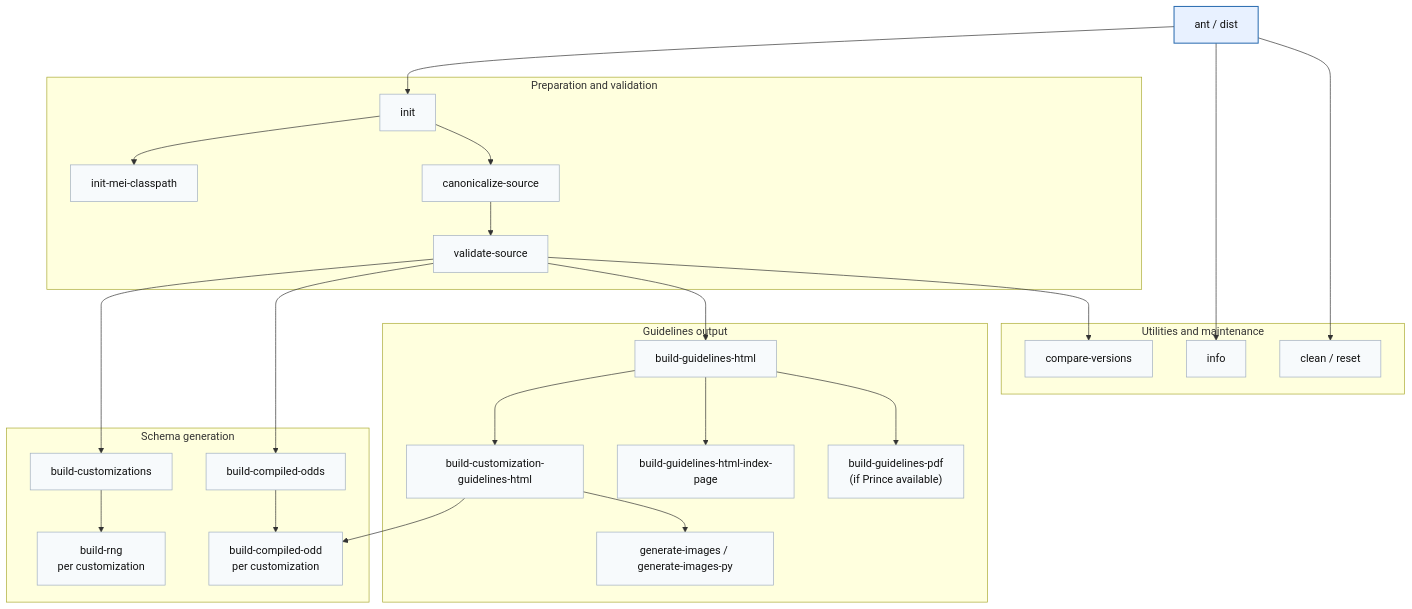
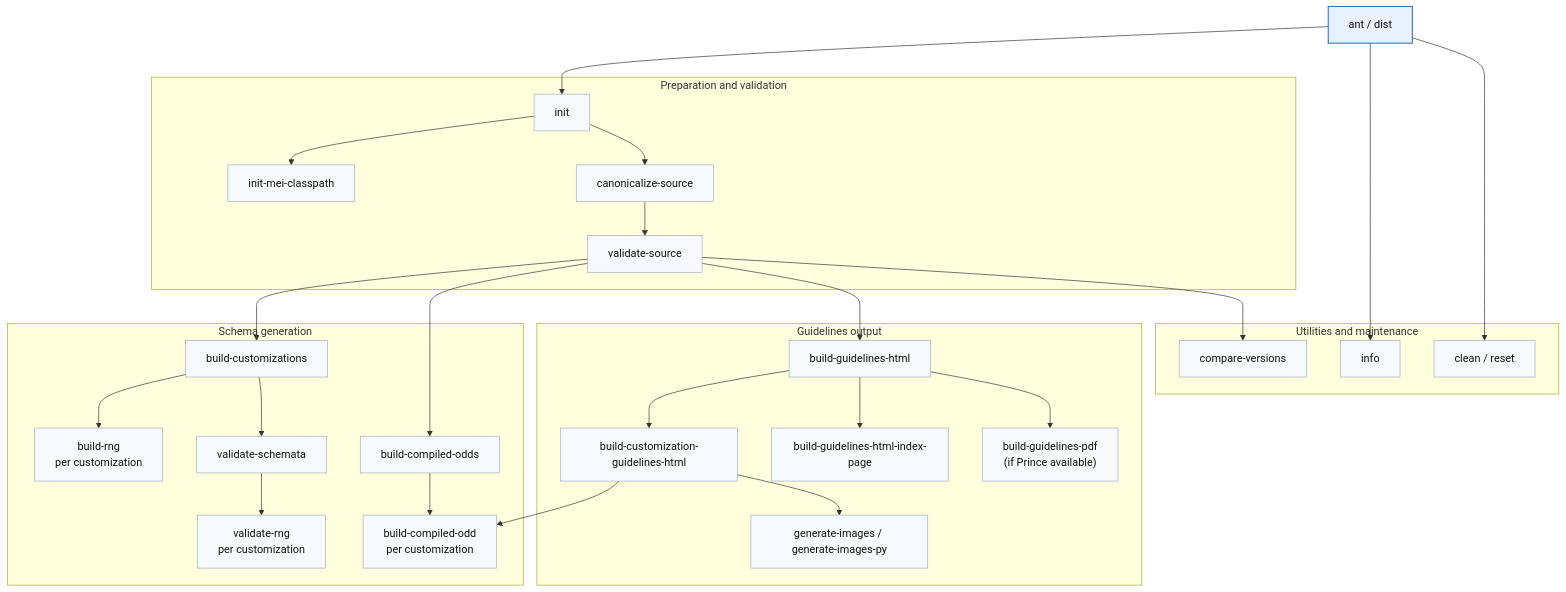
One commit to music-encoding/music-encoding changed the diagram in BUILD_COMMANDLINE.md. Above: the diagram before and after it, drawn with Mermaid. The commit also changed other lines of this file, not shown here.

Commit message:
doc: include rng validation in build instructions

````diff
--- a/BUILD_COMMANDLINE.md
+++ b/BUILD_COMMANDLINE.md
@@ -145,58 +146,62 @@
 ```mermaid
 flowchart TD
     DIST["ant / dist"]:::primary
 
     subgraph PREP["Preparation and validation"]
         CANON["canonicalize-source"]
         VALID["validate-source"]
         INIT["init"]
         CLP["init-mei-classpath"]
     end
 
     subgraph SCHEMA["Schema generation"]
         RNGS["build-customizations"]
         ODDS["build-compiled-odds"]
         RNG_CUS["build-rng\nper customization"]
         ODD_CUS["build-compiled-odd\nper customization"]
+        VALID_SCH["validate-schemata"]
+        VALID_CUS["validate-rng\nper customization"]
     end
 
     subgraph DOCS["Guidelines output"]
         HTML["build-guidelines-html"]
         HTML_CUS["build-customization-guidelines-html"]
         IDX["build-guidelines-html-index-page"]
         PDF["build-guidelines-pdf\n(if Prince available)"]
         IMG["generate-images / generate-images-py"]
     end
 
     subgraph UTIL["Utilities and maintenance"]
         INFO["info"]
         COMP["compare-versions"]
         CLEAN["clean / reset"]
     end
 
     DIST --> INIT
     INIT --> CLP
     INIT --> CANON
     CANON --> VALID
 
     VALID --> RNGS
     VALID --> ODDS
     VALID --> HTML
     VALID --> COMP
 
     RNGS --> RNG_CUS
+    RNGS --> VALID_SCH
+    VALID_SCH --> VALID_CUS
     ODDS --> ODD_CUS
     HTML --> HTML_CUS
     HTML_CUS --> ODD_CUS
     HTML_CUS --> IMG
     HTML --> IDX
     HTML --> PDF
 
     DIST --> INFO
     DIST --> CLEAN
 
     classDef primary fill:#e8f1ff,stroke:#2b6cb0,stroke-width:1.5px,color:#111;
     classDef default fill:#f7fafc,stroke:#a0aec0,stroke-width:1px,color:#111;
     class DIST primary;
-    class CANON,VALID,INIT,CLP,RNGS,ODDS,RNG_CUS,ODD_CUS,HTML,HTML_CUS,IDX,PDF,IMG,INFO,COMP,CLEAN default;
+    class CANON,VALID,INIT,CLP,RNGS,ODDS,RNG_CUS,ODD_CUS,VALID_SCH,VALID_CUS,HTML,HTML_CUS,IDX,PDF,IMG,INFO,COMP,CLEAN default;
 ```
````
